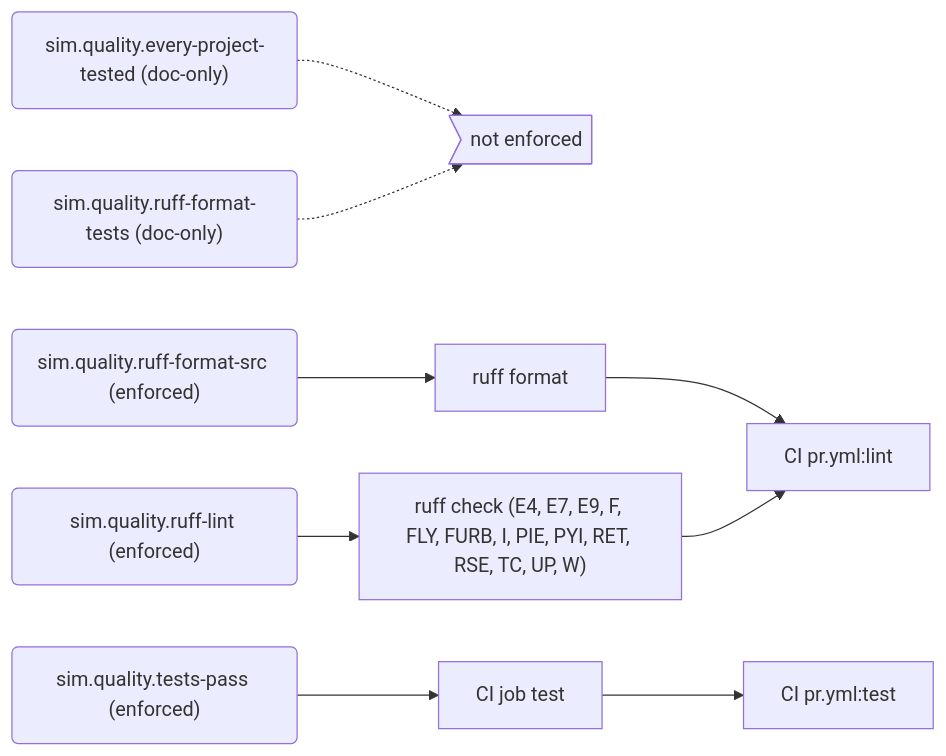
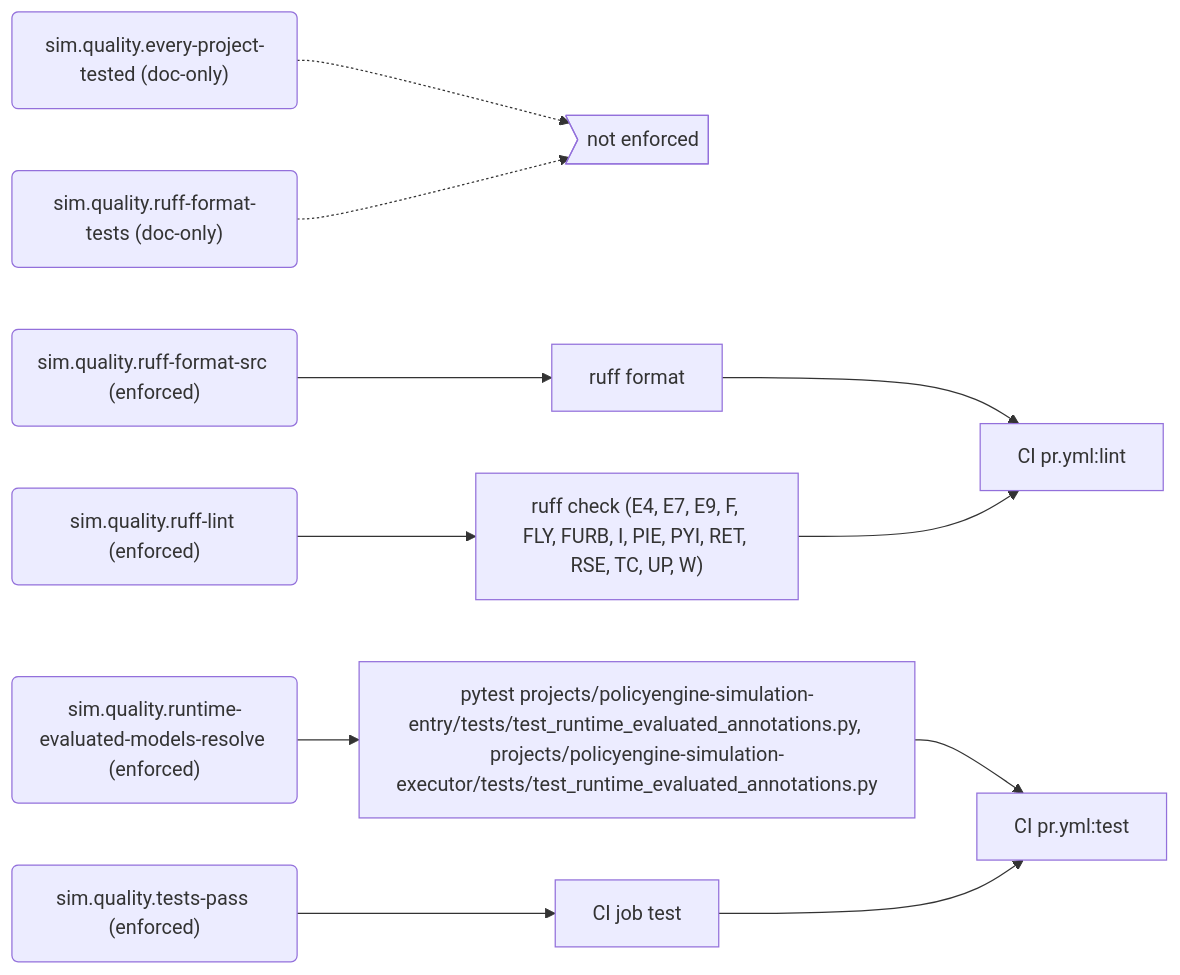
The sixth of 8 diagrams in docs/generated/rules.md (PolicyEngine/policyengine-sim-api), drawn with Mermaid before and after one commit. The commit also changed other lines of this file and 5 other files, not shown here.

First line of the commit message:
Register the runtime-evaluated model rule and document typing-only imports

````diff
--- a/docs/generated/rules.md
+++ b/docs/generated/rules.md
@@ -255,22 +256,26 @@
 ```mermaid
 flowchart LR
   r_sim_quality_every_project_tested("sim.quality.every-project-tested (doc-only)")
   gap_unenforced>"not enforced"]
   r_sim_quality_ruff_format_src("sim.quality.ruff-format-src (enforced)")
   e_ruff_format["ruff format"]
   j_CI_pr_yml_lint["CI pr.yml:lint"]
   r_sim_quality_ruff_format_tests("sim.quality.ruff-format-tests (doc-only)")
   r_sim_quality_ruff_lint("sim.quality.ruff-lint (enforced)")
   e_ruff_check__E4__E7__E9__F__FLY__FURB__I__PIE__PYI__RET__RSE__TC__UP__W_["ruff check (E4, E7, E9, F, FLY, FURB, I, PIE, PYI, RET, RSE, TC, UP, W)"]
+  r_sim_quality_runtime_evaluated_models_resolve("sim.quality.runtime-evaluated-models-resolve (enforced)")
+  e_pytest_projects_policyengine_simulation_entry_tests_test_runtime_evaluated_annotations_py__projects_policyengine_simulation_executor_tests_test_runtime_evaluated_annotations_py["pytest projects/policyengine-simulation-entry/tests/test_runtime_evaluated_annotations.py, projects/policyengine-simulation-executor/tests/test_runtime_evaluated_annotations.py"]
+  j_CI_pr_yml_test["CI pr.yml:test"]
   r_sim_quality_tests_pass("sim.quality.tests-pass (enforced)")
   e_CI_job_test["CI job test"]
-  j_CI_pr_yml_test["CI pr.yml:test"]
   r_sim_quality_every_project_tested -.-> gap_unenforced
   r_sim_quality_ruff_format_src --> e_ruff_format
   e_ruff_format --> j_CI_pr_yml_lint
   r_sim_quality_ruff_format_tests -.-> gap_unenforced
   r_sim_quality_ruff_lint --> e_ruff_check__E4__E7__E9__F__FLY__FURB__I__PIE__PYI__RET__RSE__TC__UP__W_
   e_ruff_check__E4__E7__E9__F__FLY__FURB__I__PIE__PYI__RET__RSE__TC__UP__W_ --> j_CI_pr_yml_lint
+  r_sim_quality_runtime_evaluated_models_resolve --> e_pytest_projects_policyengine_simulation_entry_tests_test_runtime_evaluated_annotations_py__projects_policyengine_simulation_executor_tests_test_runtime_evaluated_annotations_py
+  e_pytest_projects_policyengine_simulation_entry_tests_test_runtime_evaluated_annotations_py__projects_policyengine_simulation_executor_tests_test_runtime_evaluated_annotations_py --> j_CI_pr_yml_test
   r_sim_quality_tests_pass --> e_CI_job_test
   e_CI_job_test --> j_CI_pr_yml_test
 ```
````
